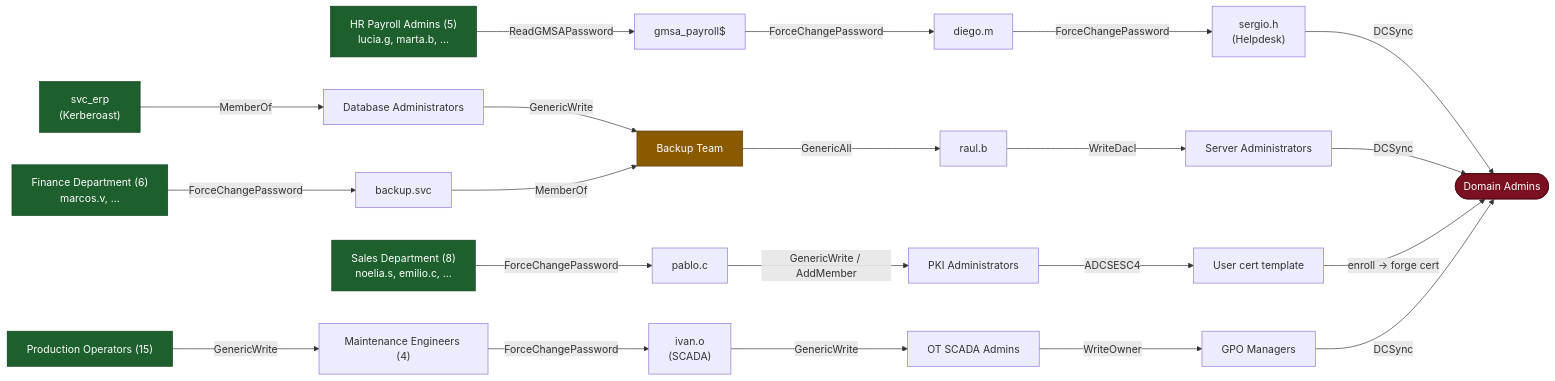
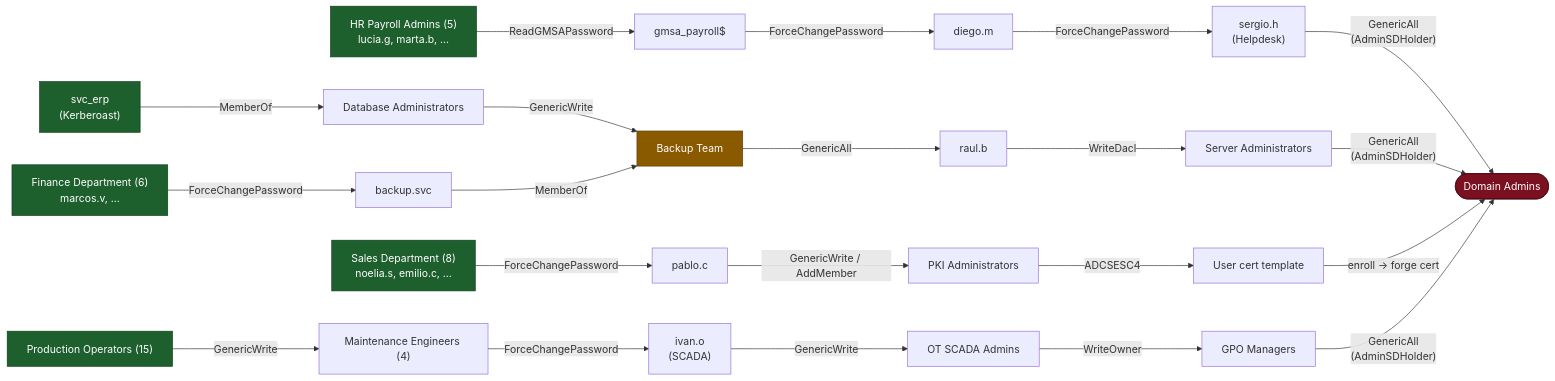
The diagram in ad/REDIL/README.md (lucky-luk3/GOAD_EE), drawn with Mermaid before and after one commit. The commit also changed other lines of this file and 4 other files, not shown here.

First line of the commit message:
feat(lab): use AdminSDHolder abuse for terminal DA edges (GOAD-style)

````diff
--- a/ad/REDIL/README.md
+++ b/ad/REDIL/README.md
@@ -98,58 +98,58 @@
 ```mermaid
 flowchart LR
     DA(["Domain Admins"]):::sink
 
     %% ---------- Chain A : HR / gMSA ----------
     A0["HR Payroll Admins (5)<br/>lucia.g, marta.b, ..."]:::entry
     A1["gmsa_payroll$"]
     A2["diego.m"]
     A3["sergio.h<br/>(Helpdesk)"]
     A0 -->|"ReadGMSAPassword"| A1
     A1 -->|"ForceChangePassword"| A2
     A2 -->|"ForceChangePassword"| A3
-    A3 -->|"DCSync"| DA
+    A3 -->|"GenericAll<br/>(AdminSDHolder)"| DA
 
     %% ---------- Chain B : ERP kerberoast ----------
     B0["svc_erp<br/>(Kerberoast)"]:::entry
     B1["Database Administrators"]
     BK["Backup Team"]:::merge
     B2["raul.b"]
     B3["Server Administrators"]
     B0 -->|"MemberOf"| B1
     B1 -->|"GenericWrite"| BK
     BK -->|"GenericAll"| B2
     B2 -->|"WriteDacl"| B3
-    B3 -->|"DCSync"| DA
+    B3 -->|"GenericAll<br/>(AdminSDHolder)"| DA
 
     %% ---------- Chain C : ADCS ESC4 ----------
     C0["Sales Department (8)<br/>noelia.s, emilio.c, ..."]:::entry
     C1["pablo.c"]
     C2["PKI Administrators"]
     C3["User cert template"]
     C0 -->|"ForceChangePassword"| C1
     C1 -->|"GenericWrite / AddMember"| C2
     C2 -->|"ADCSESC4"| C3
     C3 -->|"enroll → forge cert"| DA
 
     %% ---------- Chain D : Production / OT ----------
     D0["Production Operators (15)"]:::entry
     D1["Maintenance Engineers (4)"]
     D2["ivan.o<br/>(SCADA)"]
     D3["OT SCADA Admins"]
     D4["GPO Managers"]
     D0 -->|"GenericWrite"| D1
     D1 -->|"ForceChangePassword"| D2
     D2 -->|"GenericWrite"| D3
     D3 -->|"WriteOwner"| D4
-    D4 -->|"DCSync"| DA
+    D4 -->|"GenericAll<br/>(AdminSDHolder)"| DA
 
     %% ---------- Chain E : Finance (merges into B) ----------
     E0["Finance Department (6)<br/>marcos.v, ..."]:::entry
     E1["backup.svc"]
     E0 -->|"ForceChangePassword"| E1
     E1 -->|"MemberOf"| BK
 
     classDef entry fill:#1e5f2e,stroke:#0d3d19,color:#fff;
     classDef merge fill:#8a5a00,stroke:#5c3c00,color:#fff;
     classDef sink fill:#7a1020,stroke:#4d0a14,color:#fff;
 ```
````
